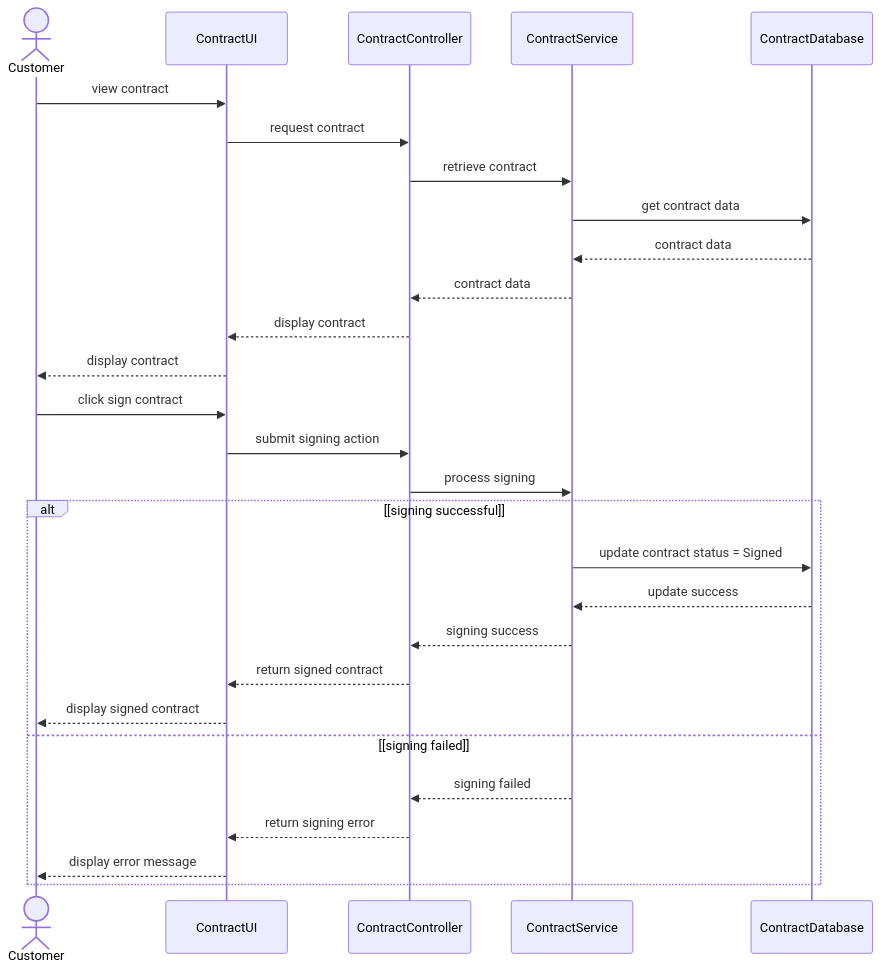
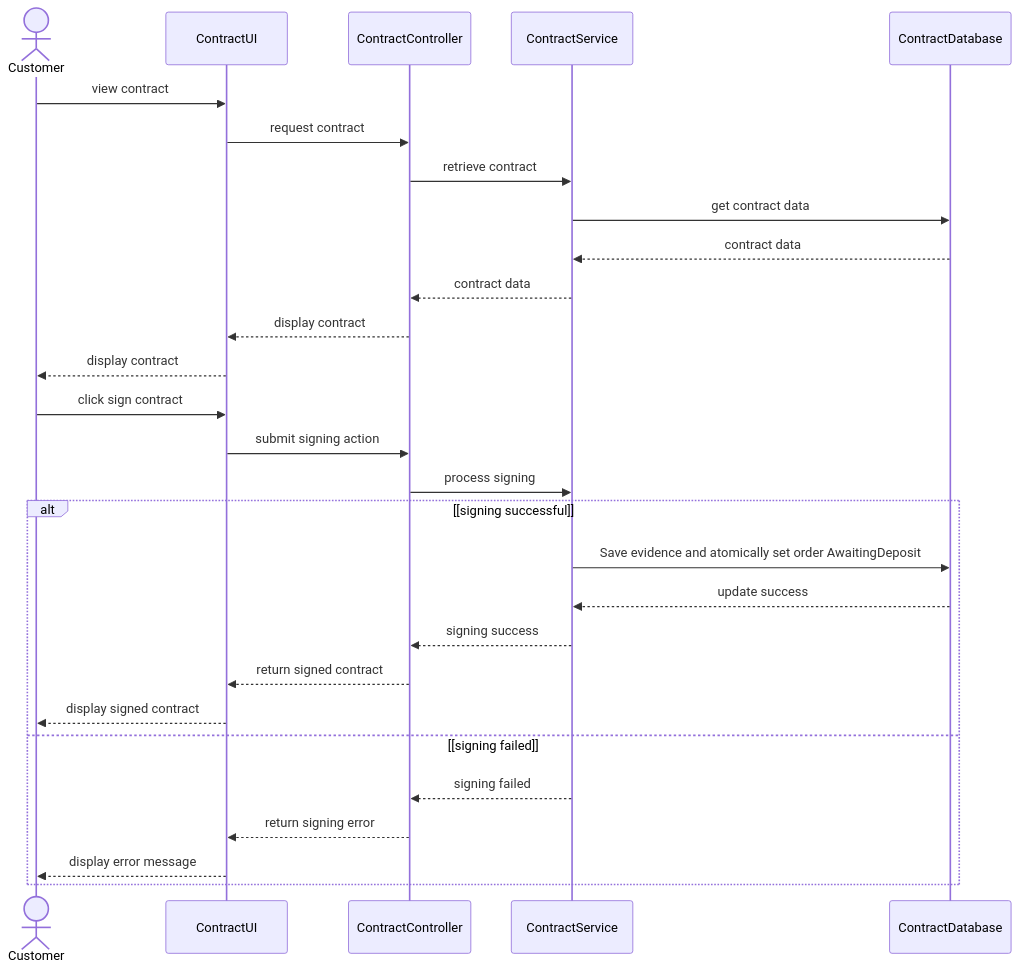
Before and after one commit to ankhanhwork/weavelink-project: the second of 2 diagrams in specs/spec-MFG-09.md, drawn with Mermaid. The commit also changed other lines of this file and 101 other files, not shown here.

````diff
--- a/specs/spec-MFG-09.md
+++ b/specs/spec-MFG-09.md
@@ -84,31 +84,31 @@
 ```mermaid
 sequenceDiagram
     actor Customer
     participant ContractUI
     participant ContractController
     participant ContractService
     participant ContractDatabase
 
     Customer->>ContractUI: view contract
     ContractUI->>ContractController: request contract
     ContractController->>ContractService: retrieve contract
     ContractService->>ContractDatabase: get contract data
     ContractDatabase-->>ContractService: contract data
     ContractService-->>ContractController: contract data
     ContractController-->>ContractUI: display contract
     ContractUI-->>Customer: display contract
     Customer->>ContractUI: click sign contract
     ContractUI->>ContractController: submit signing action
     ContractController->>ContractService: process signing
     alt [signing successful]
-        ContractService->>ContractDatabase: update contract status = Signed
+        ContractService->>ContractDatabase: Save evidence and atomically set order AwaitingDeposit
         ContractDatabase-->>ContractService: update success
         ContractService-->>ContractController: signing success
         ContractController-->>ContractUI: return signed contract
         ContractUI-->>Customer: display signed contract
     else [signing failed]
         ContractService-->>ContractController: signing failed
         ContractController-->>ContractUI: return signing error
         ContractUI-->>Customer: display error message
     end
 ```
````
